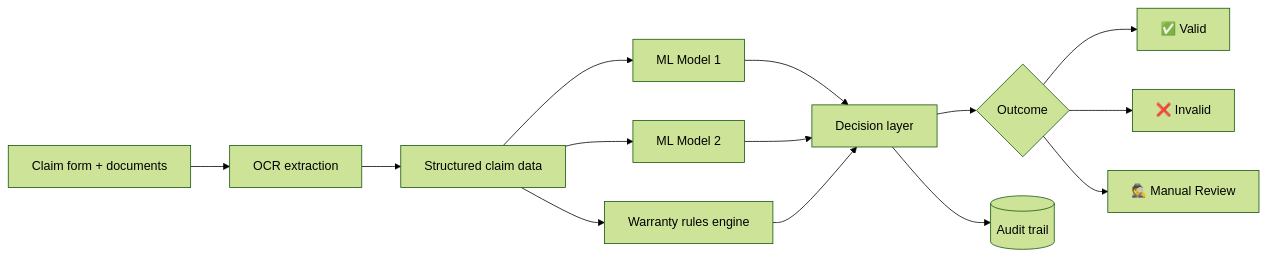
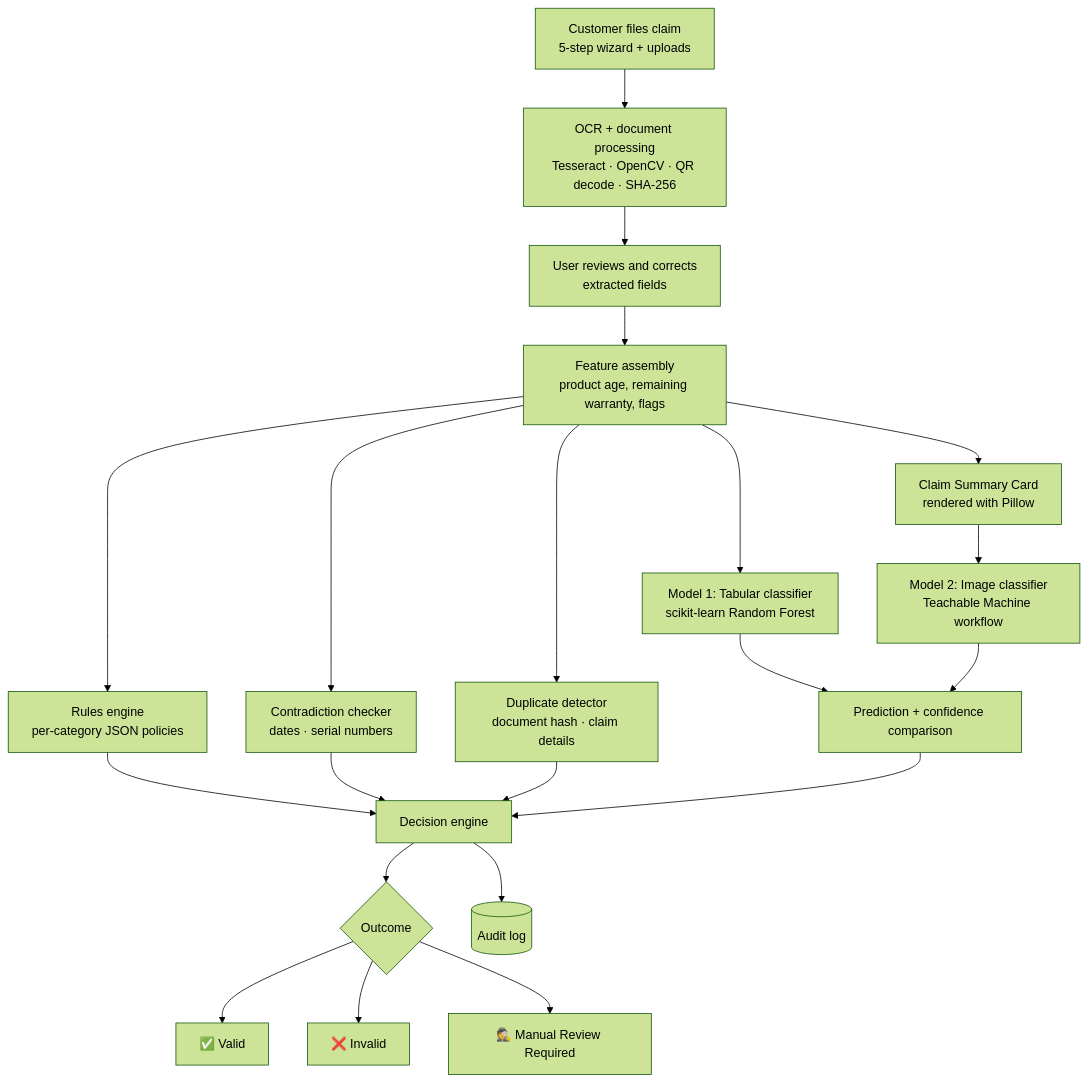
Before and after one commit to abdul-rafay-dev0/AssureX-Warranty-Claim-Engine: the diagram in README.md, drawn with Mermaid (forest theme). The commit also changed other lines of this file, not shown here.

First line of the commit message:
Revise README with updated project details and badges

````diff
--- a/README.md
+++ b/README.md
@@ -77,16 +87,26 @@
 ```mermaid
-flowchart LR
-    A[Claim form + documents] --> B[OCR extraction]
-    B --> C[Structured claim data]
-    C --> D[ML Model 1]
-    C --> E[ML Model 2]
-    C --> F[Warranty rules engine]
-    D --> G[Decision layer]
-    E --> G
-    F --> G
-    G --> H{Outcome}
-    H --> I[✅ Valid]
-    H --> J[❌ Invalid]
-    H --> K[🕵️ Manual Review]
-    G --> L[(Audit trail)]
+flowchart TD
+    A[Customer files claim<br/>5-step wizard + uploads] --> B[OCR + document processing<br/>Tesseract · OpenCV · QR decode · SHA-256]
+    B --> C[User reviews and corrects<br/>extracted fields]
+    C --> D[Feature assembly<br/>product age, remaining warranty, flags]
+
+    D --> R[Rules engine<br/>per-category JSON policies]
+    D --> X[Contradiction checker<br/>dates · serial numbers]
+    D --> P[Duplicate detector<br/>document hash · claim details]
+    D --> M1[Model 1: Tabular classifier<br/>scikit-learn Random Forest]
+    D --> S[Claim Summary Card<br/>rendered with Pillow]
+    S --> M2[Model 2: Image classifier<br/>Teachable Machine workflow]
+
+    M1 --> CMP[Prediction + confidence comparison]
+    M2 --> CMP
+    R --> DEC[Decision engine]
+    X --> DEC
+    P --> DEC
+    CMP --> DEC
+
+    DEC --> OUT{Outcome}
+    OUT --> V[✅ Valid]
+    OUT --> I[❌ Invalid]
+    OUT --> MR[🕵️ Manual Review Required]
+    DEC --> AUD[(Audit log)]
 ```
````
